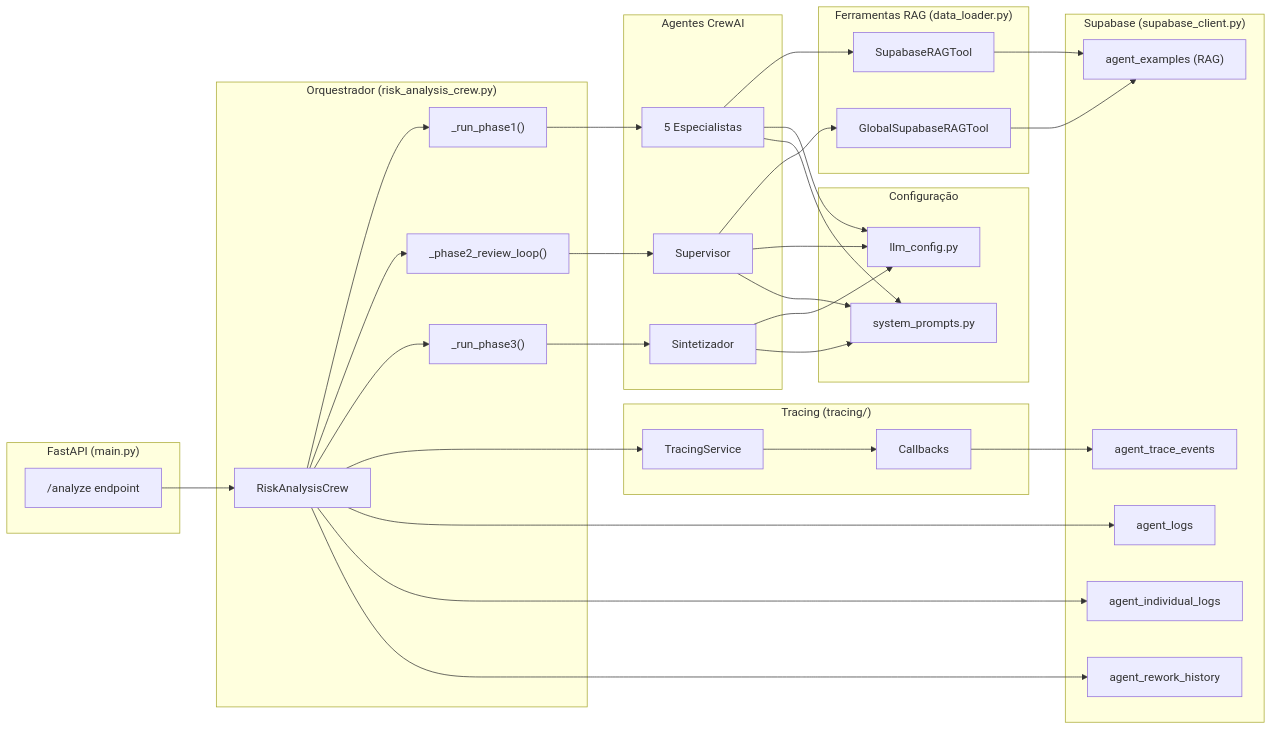
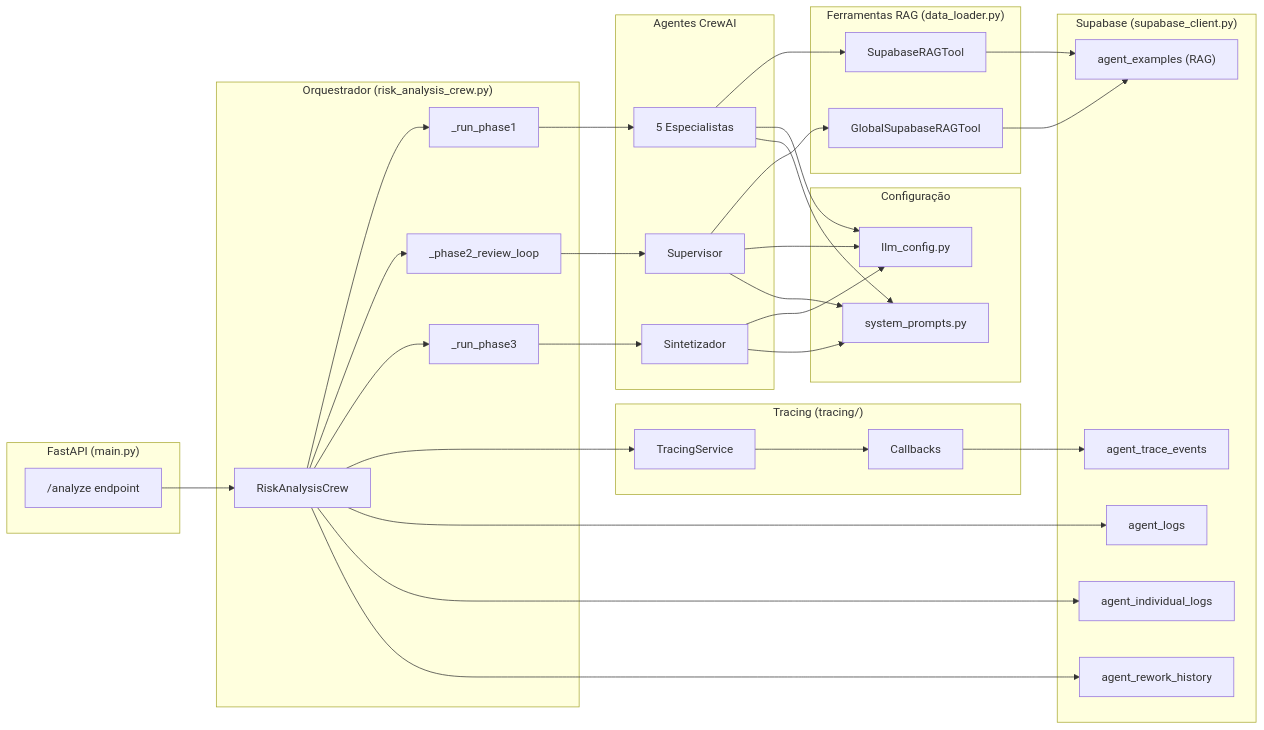
One commit to cairocruz/hubAgentsV2 changed the second of 8 diagrams in README.md. Above: the diagram before and after it, drawn with Mermaid. The commit also changed other lines of this file, not shown here.

Commit message:
fix: remove parentheses from Mermaid labels (GitHub render error)

````diff
--- a/README.md
+++ b/README.md
@@ -106,55 +106,55 @@
 ```mermaid
 graph LR
     subgraph API["FastAPI (main.py)"]
         EP["/analyze endpoint"]
     end
 
     subgraph CREW["Orquestrador (risk_analysis_crew.py)"]
         RC["RiskAnalysisCrew"]
-        P1["_run_phase1()"]
-        P2["_phase2_review_loop()"]
-        P3["_run_phase3()"]
+        P1["_run_phase1"]
+        P2["_phase2_review_loop"]
+        P3["_run_phase3"]
     end
 
     subgraph AGENTS["Agentes CrewAI"]
         SP["5 Especialistas"]
         SV["Supervisor"]
         SN["Sintetizador"]
     end
 
     subgraph TOOLS["Ferramentas RAG (data_loader.py)"]
         SRT["SupabaseRAGTool"]
         GRT["GlobalSupabaseRAGTool"]
     end
 
     subgraph DB["Supabase (supabase_client.py)"]
         AE["agent_examples (RAG)"]
         AL["agent_logs"]
         AI["agent_individual_logs"]
         AR["agent_rework_history"]
         AT["agent_trace_events"]
     end
 
     subgraph TRACING["Tracing (tracing/)"]
         TS["TracingService"]
         CB["Callbacks"]
     end
 
     subgraph CONFIG["Configuração"]
         LLM["llm_config.py"]
         PR["system_prompts.py"]
     end
 
     EP --> RC
     RC --> P1 --> SP
     RC --> P2 --> SV
     RC --> P3 --> SN
     SP --> SRT --> AE
     SV --> GRT --> AE
     SP & SV & SN --> LLM
     SP & SV & SN --> PR
     RC --> TS
     TS --> CB
     CB --> AT
     RC --> AL & AI & AR
 ```
````
